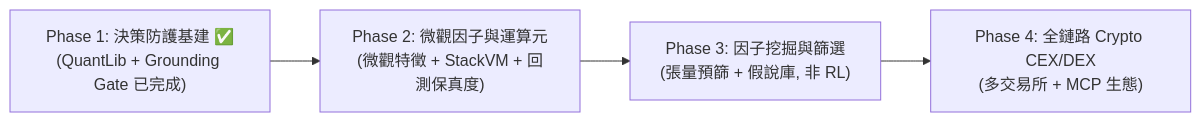
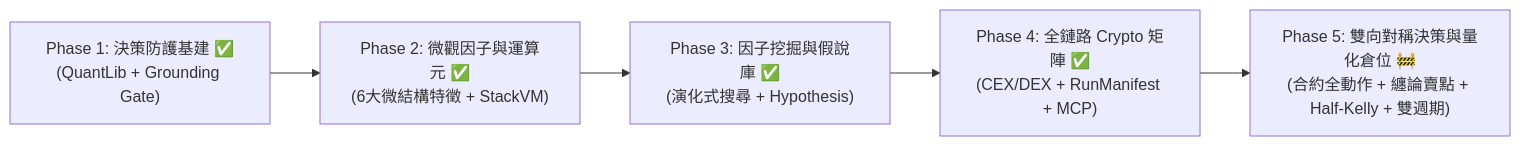
One commit to dimx9173/vibe-trading-encyc changed the diagram in docs/research/evolution-roadmap.md. Above: the diagram before and after it, drawn with Mermaid. The commit also changed other lines of this file, not shown here.

Commit message:
docs: update evolution roadmap with Phase 5 DualAlpha milestones and clear completed/pending marks

````diff
--- a/docs/research/evolution-roadmap.md
+++ b/docs/research/evolution-roadmap.md
@@ -16,6 +18,7 @@
 ```mermaid
 graph LR
-    P1["Phase 1: 決策防護基建 ✅<br>(QuantLib + Grounding Gate 已完成)"] --> P2["Phase 2: 微觀因子與運算元<br>(微觀特徵 + StackVM + 回測保真度)"]
-    P2 --> P3["Phase 3: 因子挖掘與篩選<br>(張量預篩 + 假說庫, 非 RL)"]
-    P3 --> P4["Phase 4: 全鏈路 Crypto CEX/DEX<br>(多交易所 + MCP 生態)"]
+    P1["Phase 1: 決策防護基建 ✅<br>(QuantLib + Grounding Gate)"] --> P2["Phase 2: 微觀因子與運算元 ✅<br>(6大微結構特徵 + StackVM)"]
+    P2 --> P3["Phase 3: 因子挖掘與假說庫 ✅<br>(演化式搜尋 + Hypothesis)"]
+    P3 --> P4["Phase 4: 全鏈路 Crypto 矩陣 ✅<br>(CEX/DEX + RunManifest + MCP)"]
+    P4 --> P5["Phase 5: 雙向對稱決策與量化倉位 🚧<br>(合約全動作 + 纏論賣點 + Half-Kelly + 雙週期)"]
 ```
````
